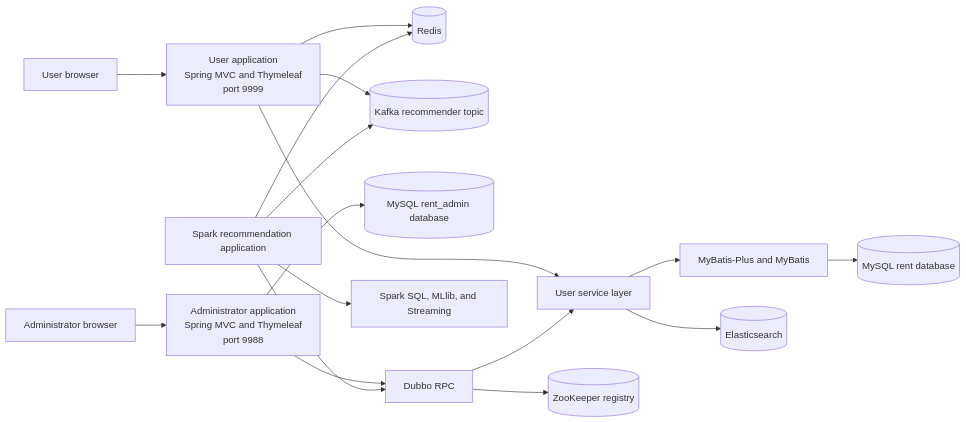
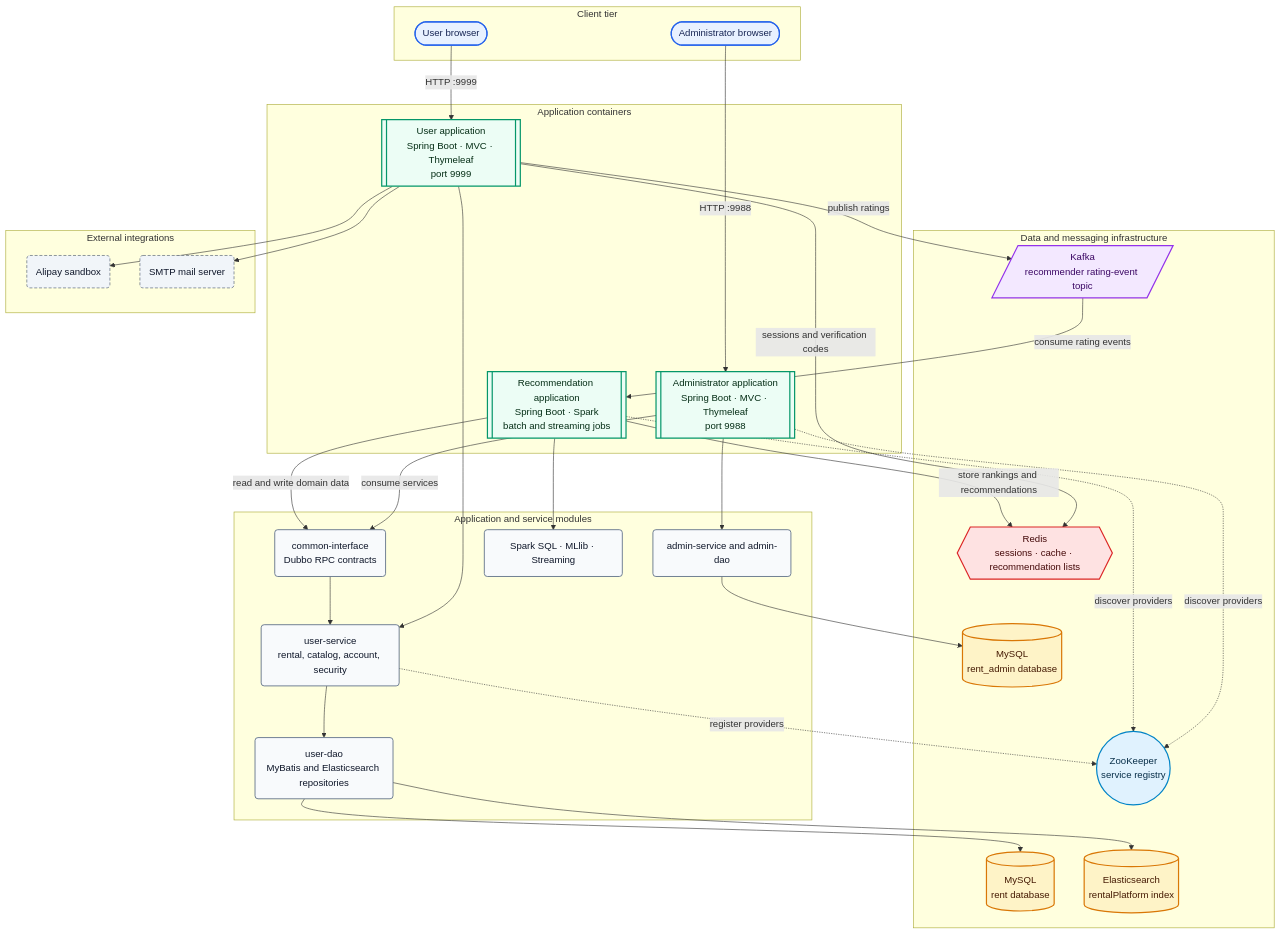
The first of 4 diagrams in README.md (kun-ren/rental-platform), drawn with Mermaid before and after one commit. The commit also changed other lines of this file, not shown here.

````diff
--- a/README.md
+++ b/README.md
@@ -61,22 +78,79 @@
 ```mermaid
-flowchart LR
-    Browser[User browser] --> UserApp[User application<br/>Spring MVC and Thymeleaf<br/>port 9999]
-    AdminBrowser[Administrator browser] --> AdminApp[Administrator application<br/>Spring MVC and Thymeleaf<br/>port 9988]
+flowchart TB
+    subgraph Clients[Client tier]
+        UserBrowser(["User browser"])
+        AdminBrowser(["Administrator browser"])
+    end
 
-    UserApp --> UserServices[User service layer]
-    UserServices --> UserDAO[MyBatis-Plus and MyBatis]
-    UserDAO --> RentDB[(MySQL rent database)]
-    UserServices --> Search[(Elasticsearch)]
-    UserApp --> Redis[(Redis)]
-    UserApp --> Kafka[(Kafka recommender topic)]
+    subgraph Applications[Application containers]
+        UserApp[["User application<br/>Spring Boot · MVC · Thymeleaf<br/>port 9999"]]
+        AdminApp[["Administrator application<br/>Spring Boot · MVC · Thymeleaf<br/>port 9988"]]
+        Recommender[["Recommendation application<br/>Spring Boot · Spark<br/>batch and streaming jobs"]]
+    end
 
-    AdminApp --> AdminDB[(MySQL rent_admin database)]
-    AdminApp --> Dubbo[Dubbo RPC]
-    Recommender[Spark recommendation application] --> Dubbo
+    subgraph Services[Application and service modules]
+        UserServices("user-service<br/>rental, catalog, account, security")
+        UserDAO("user-dao<br/>MyBatis and Elasticsearch repositories")
+        AdminServices("admin-service and admin-dao")
+        Dubbo("common-interface<br/>Dubbo RPC contracts")
+        SparkEngine("Spark SQL · MLlib · Streaming")
+    end
+
+    subgraph Infrastructure[Data and messaging infrastructure]
+        RentDB[("MySQL<br/>rent database")]
+        AdminDB[("MySQL<br/>rent_admin database")]
+        SearchDB[("Elasticsearch<br/>rentalPlatform index")]
+        Redis{{"Redis<br/>sessions · cache · recommendation lists"}}
+        Kafka[/"Kafka<br/>recommender rating-event topic"/]
+        ZooKeeper(("ZooKeeper<br/>service registry"))
+    end
+
+    subgraph External[External integrations]
+        Alipay("Alipay sandbox")
+        Mail("SMTP mail server")
+    end
+
+    UserBrowser -->|HTTP :9999| UserApp
+    AdminBrowser -->|HTTP :9988| AdminApp
+
+    UserApp --> UserServices
+    UserServices --> UserDAO
+    UserDAO --> RentDB
+    UserDAO --> SearchDB
+    UserApp -->|sessions and verification codes| Redis
+    UserApp -->|publish ratings| Kafka
+    UserApp --> Alipay
+    UserApp --> Mail
+
+    AdminApp --> AdminServices
+    AdminServices --> AdminDB
+    AdminApp -->|consume services| Dubbo
+    Recommender -->|read and write domain data| Dubbo
     Dubbo --> UserServices
-    Dubbo --> ZooKeeper[(ZooKeeper registry)]
 
-    Recommender --> Kafka
-    Recommender --> Redis
-    Recommender --> Spark[Spark SQL, MLlib, and Streaming]
+    UserServices -.->|register providers| ZooKeeper
+    AdminApp -.->|discover providers| ZooKeeper
+    Recommender -.->|discover providers| ZooKeeper
+
+    Recommender --> SparkEngine
+    Kafka -->|consume rating events| Recommender
+    Recommender -->|store rankings and recommendations| Redis
+
+    classDef browser fill:#e8f1ff,stroke:#2563eb,stroke-width:2px,color:#172554
+    classDef application fill:#ecfdf5,stroke:#059669,stroke-width:2px,color:#052e16
+    classDef module fill:#f8fafc,stroke:#64748b,stroke-width:1.5px,color:#0f172a
+    classDef database fill:#fef3c7,stroke:#d97706,stroke-width:2px,color:#451a03
+    classDef cache fill:#fee2e2,stroke:#dc2626,stroke-width:2px,color:#450a0a
+    classDef stream fill:#f3e8ff,stroke:#9333ea,stroke-width:2px,color:#3b0764
+    classDef registry fill:#e0f2fe,stroke:#0284c7,stroke-width:2px,color:#082f49
+    classDef external fill:#f1f5f9,stroke:#475569,stroke-dasharray:5 3,color:#0f172a
+
+    class UserBrowser,AdminBrowser browser
+    class UserApp,AdminApp,Recommender application
+    class UserServices,UserDAO,AdminServices,Dubbo,SparkEngine module
+    class RentDB,AdminDB,SearchDB database
+    class Redis cache
+    class Kafka stream
+    class ZooKeeper registry
+    class Alipay,Mail external
 ```
````
